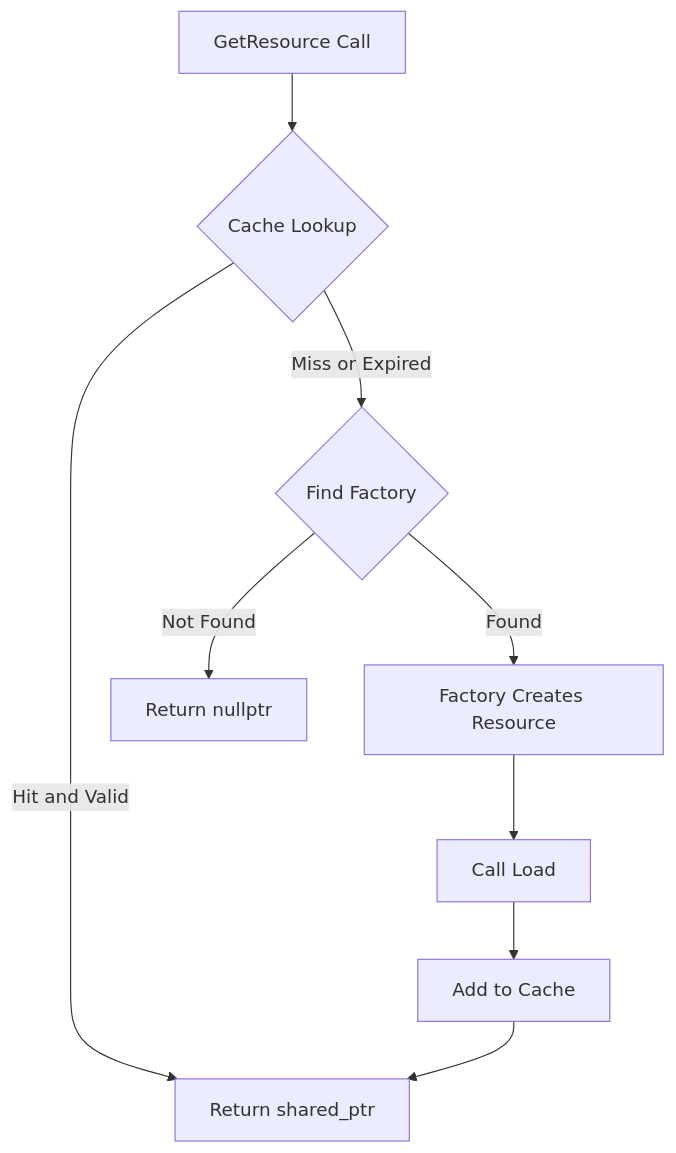
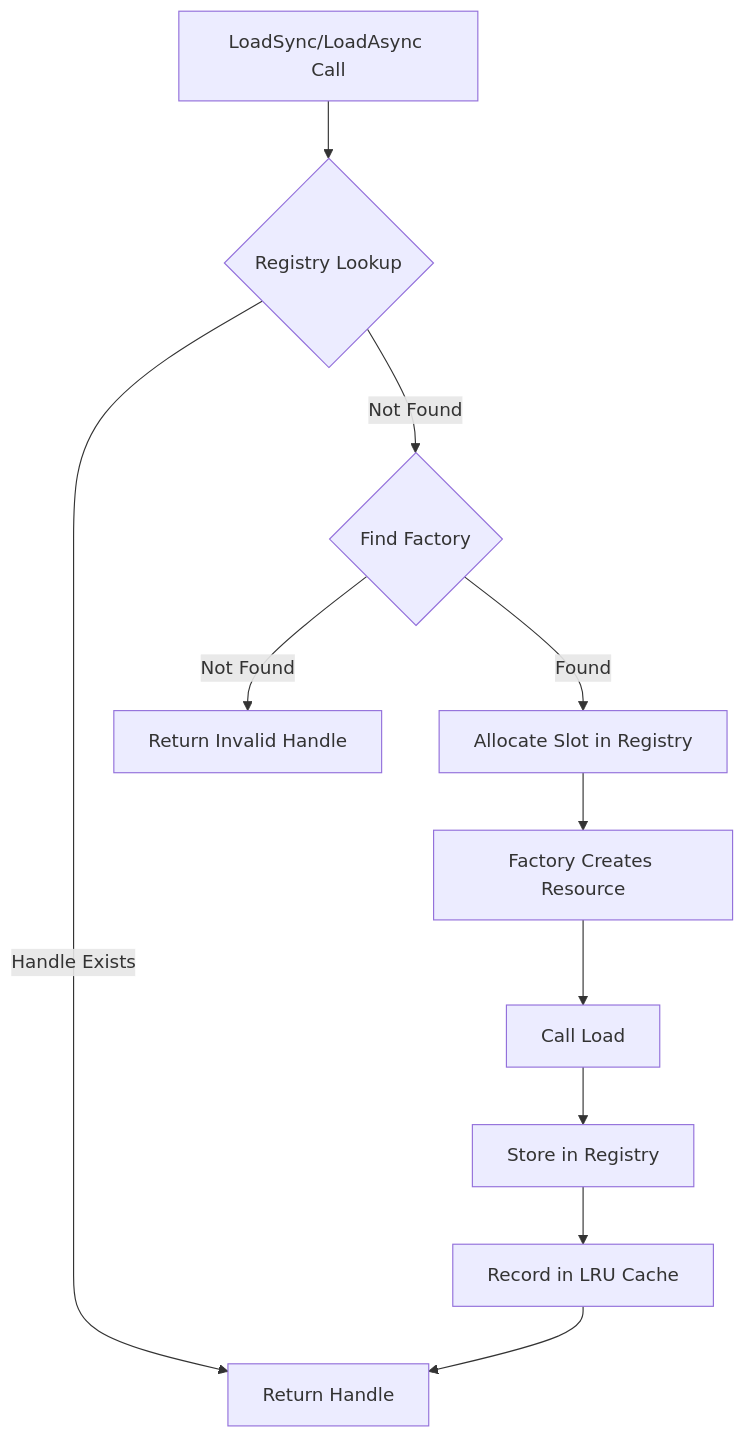
Before and after one commit to JinzhaoTian/JzRE: the second of 3 diagrams in docs/architecture/resource.md, drawn with Mermaid. The commit also changed other lines of this file and 10 other files, not shown here.

First line of the commit message:
docs: Update architecture documentation to reflect JzAssetManager

````diff
--- a/docs/architecture/resource.md
+++ b/docs/architecture/resource.md
@@ -203,11 +215,13 @@
 ```mermaid
 flowchart TD
-    A[GetResource Call] --> B{Cache Lookup}
-    B -->|Hit and Valid| C[Return shared_ptr]
-    B -->|Miss or Expired| D{Find Factory}
-    D -->|Not Found| E[Return nullptr]
-    D -->|Found| F[Factory Creates Resource]
-    F --> G[Call Load]
-    G --> H[Add to Cache]
-    H --> C
+    A[LoadSync/LoadAsync Call] --> B{Registry Lookup}
+    B -->|Handle Exists| C[Return Handle]
+    B -->|Not Found| D{Find Factory}
+    D -->|Not Found| E[Return Invalid Handle]
+    D -->|Found| F[Allocate Slot in Registry]
+    F --> G[Factory Creates Resource]
+    G --> H[Call Load]
+    H --> I[Store in Registry]
+    I --> J[Record in LRU Cache]
+    J --> C
 ```
````
